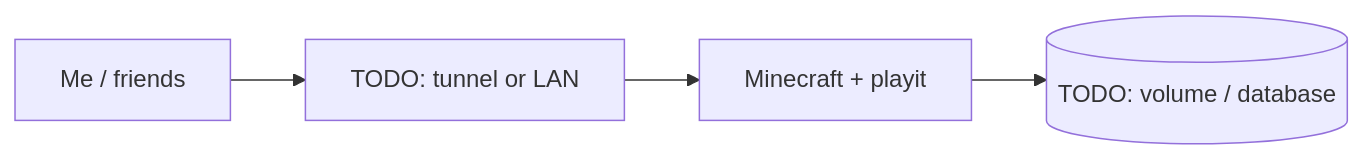
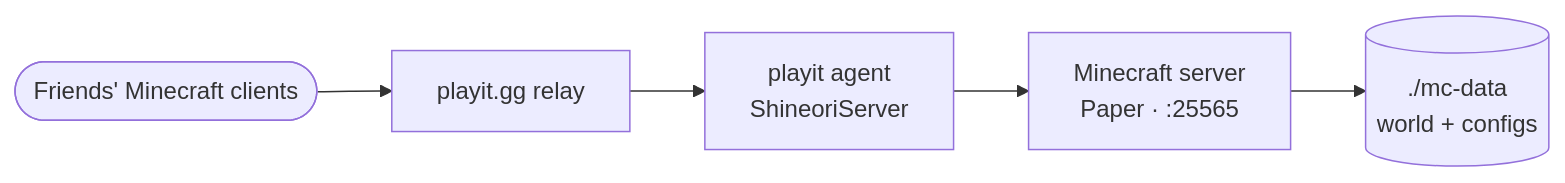
The diagram in docs/services/minecraft.md (Shineori/homelab), drawn with Mermaid before and after one commit. The commit also changed other lines of this file and 19 other files, not shown here.

````diff
--- a/docs/services/minecraft.md
+++ b/docs/services/minecraft.md
@@ -20,6 +21,7 @@
 ```mermaid
 flowchart LR
-    user[Me / friends] --> entry[TODO: tunnel or LAN]
-    entry --> app[Minecraft + playit]
-    app --> data[(TODO: volume / database)]
+    friends([Friends' Minecraft clients]) --> playit[playit.gg relay]
+    playit --> agent[playit agent<br/>ShineoriServer]
+    agent --> mc[Minecraft server<br/>Paper · :25565]
+    mc --> world[(./mc-data<br/>world + configs)]
 ```
````
